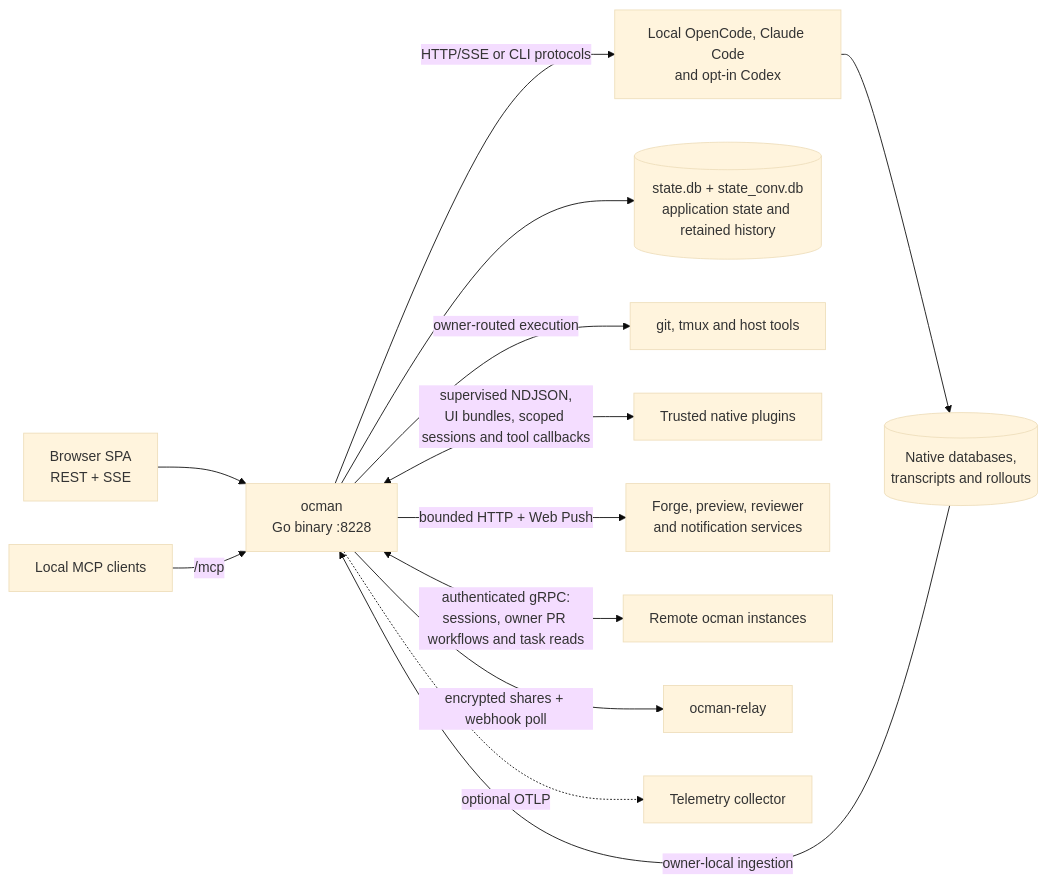
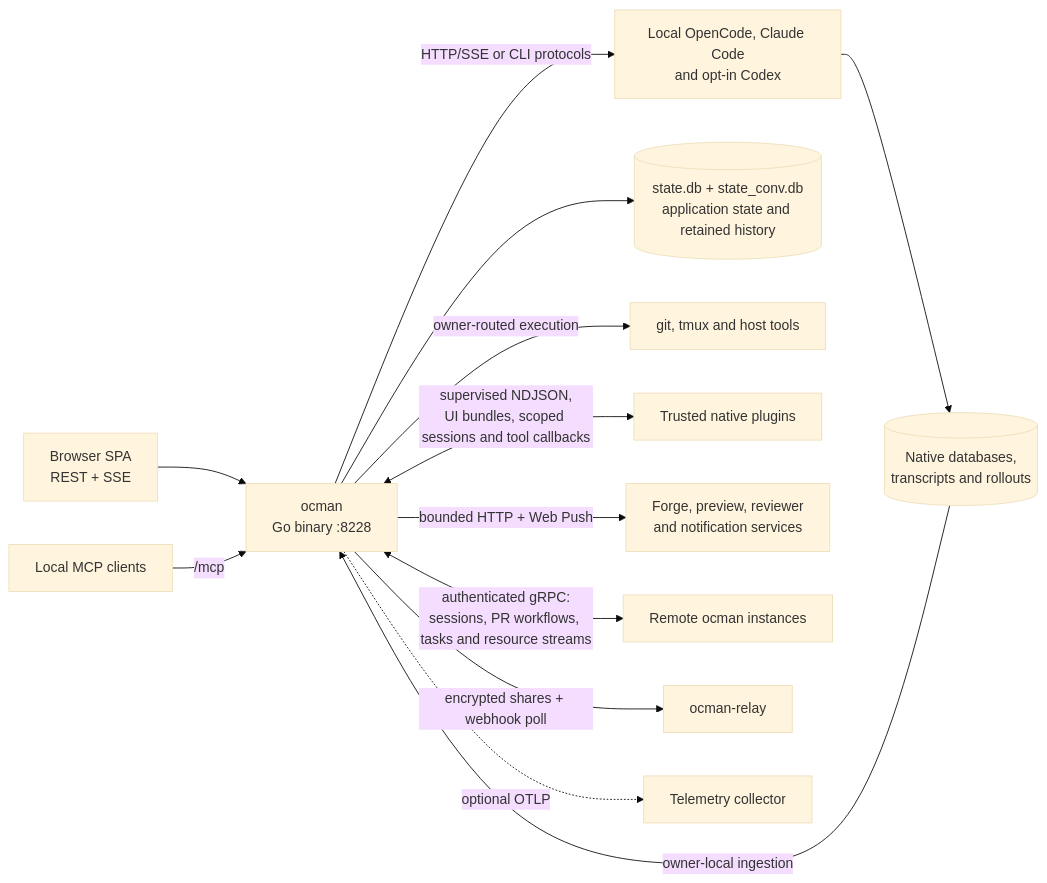
One commit to ocman/ocman changed the first of 12 diagrams in docs/other/architecture.md. Above: the diagram before and after it, drawn with Mermaid (base theme). The commit also changed other lines of this file and 30 other files, not shown here.

Commit message:
fix(remotes): resolve artifacts and embedded files on their owner (#1292)

````diff
--- a/docs/other/architecture.md
+++ b/docs/other/architecture.md
@@ -21,15 +21,15 @@
 ```mermaid
 flowchart LR
     Browser[Browser SPA<br/>REST + SSE] --> Ocman[ocman<br/>Go binary :8228]
     Agent[Local MCP clients] -->|/mcp| Ocman
     Ocman -->|HTTP/SSE or CLI protocols| Platforms[Local OpenCode, Claude Code<br/>and opt-in Codex]
     Platforms --> Native[(Native databases,<br/>transcripts and rollouts)]
     Native -->|owner-local ingestion| Ocman
     Ocman --> Stores[(state.db + state_conv.db<br/>application state and retained history)]
     Ocman -->|owner-routed execution| Tools[git, tmux and host tools]
     Ocman <-->|supervised NDJSON,<br/>UI bundles, scoped sessions and tool callbacks| Plugins[Trusted native plugins]
     Ocman -->|bounded HTTP + Web Push| Services[Forge, preview, reviewer<br/>and notification services]
-    Ocman <-->|authenticated gRPC:<br/>sessions, owner PR workflows and task reads| Remotes[Remote ocman instances]
+    Ocman <-->|authenticated gRPC:<br/>sessions, PR workflows, tasks and resource streams| Remotes[Remote ocman instances]
     Ocman -->|encrypted shares + webhook poll| Relay[ocman-relay]
     Ocman -.->|optional OTLP| Otel[Telemetry collector]
 ```
````
